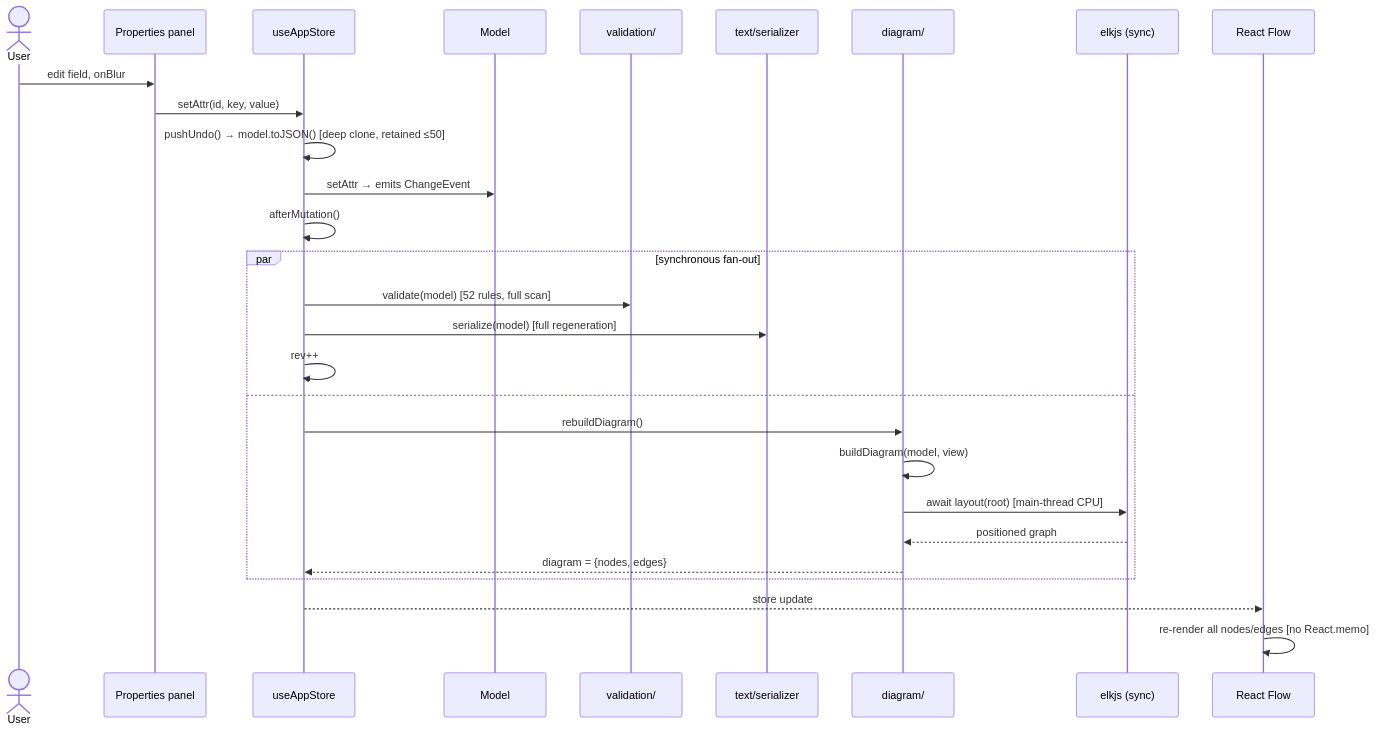
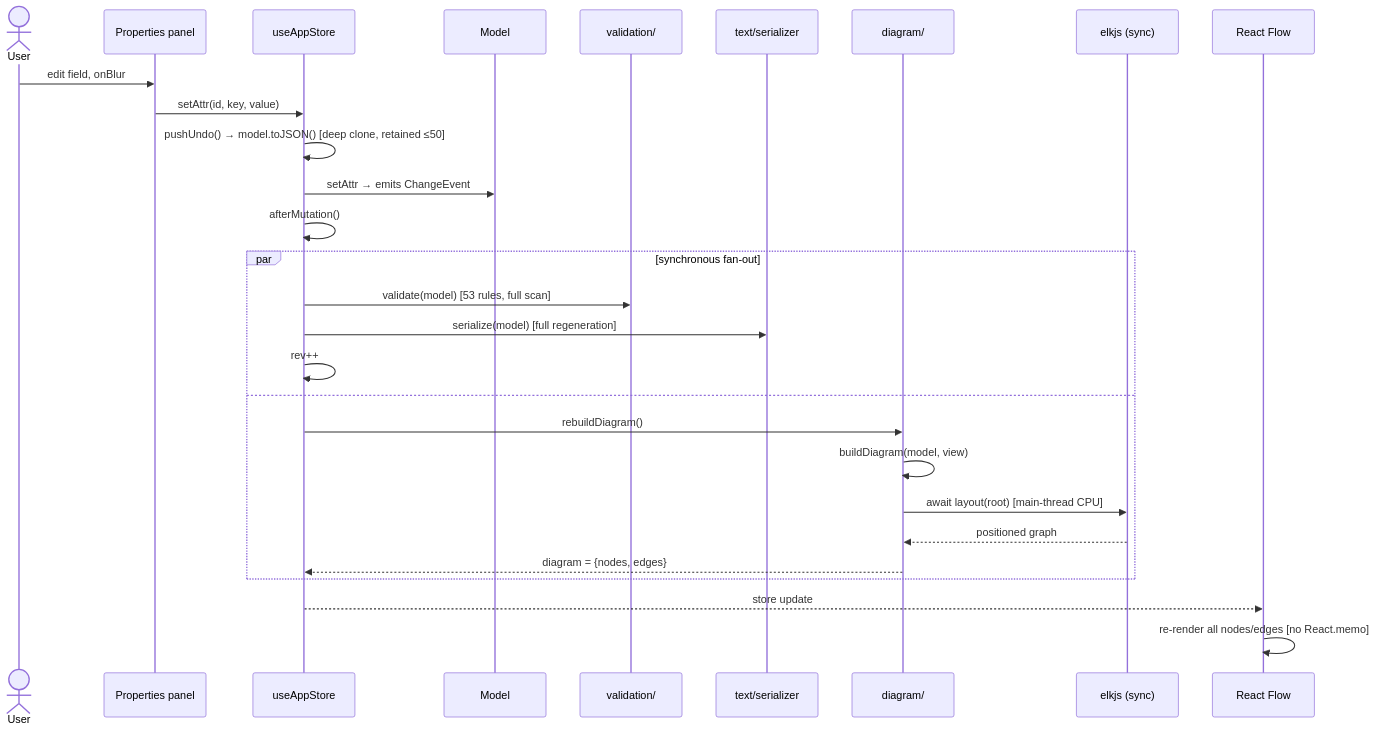
The second of 8 diagrams in docs/architecture/06-sequence-diagrams.md (cosmindxu/sysprose), drawn with Mermaid before and after one commit. The commit also changed 12 other files, not shown here.

````diff
--- a/docs/architecture/06-sequence-diagrams.md
+++ b/docs/architecture/06-sequence-diagrams.md
@@ -30,31 +30,31 @@
 ```mermaid
 sequenceDiagram
     actor U as User
     participant P as Properties panel
     participant S as useAppStore
     participant M as Model
     participant V as validation/
     participant T as text/serializer
     participant D as diagram/
     participant ELK as elkjs (sync)
     participant RF as React Flow
 
     U->>P: edit field, onBlur
     P->>S: setAttr(id, key, value)
     S->>S: pushUndo() → model.toJSON() [deep clone, retained ≤50]
     S->>M: setAttr → emits ChangeEvent
     S->>S: afterMutation()
     par synchronous fan-out
-        S->>V: validate(model) [52 rules, full scan]
+        S->>V: validate(model) [53 rules, full scan]
         S->>T: serialize(model) [full regeneration]
         S->>S: rev++
     and
         S->>D: rebuildDiagram()
         D->>D: buildDiagram(model, view)
         D->>ELK: await layout(root) [main-thread CPU]
         ELK-->>D: positioned graph
         D-->>S: diagram = {nodes, edges}
     end
     S-->>RF: store update
     RF->>RF: re-render all nodes/edges [no React.memo]
 ```
````
